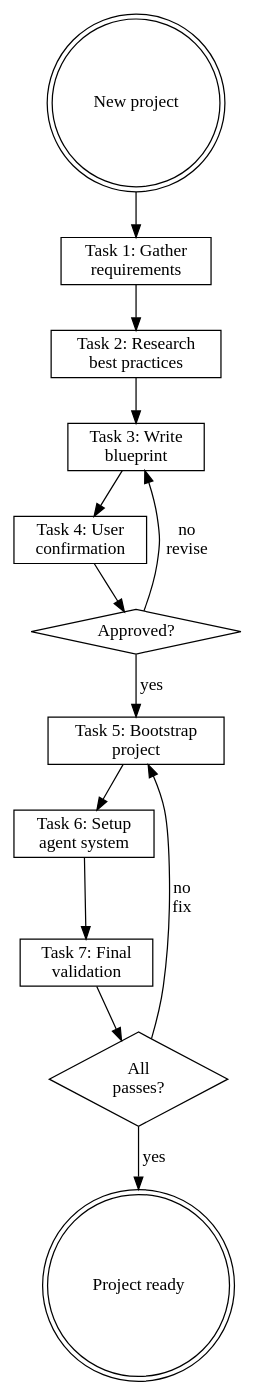
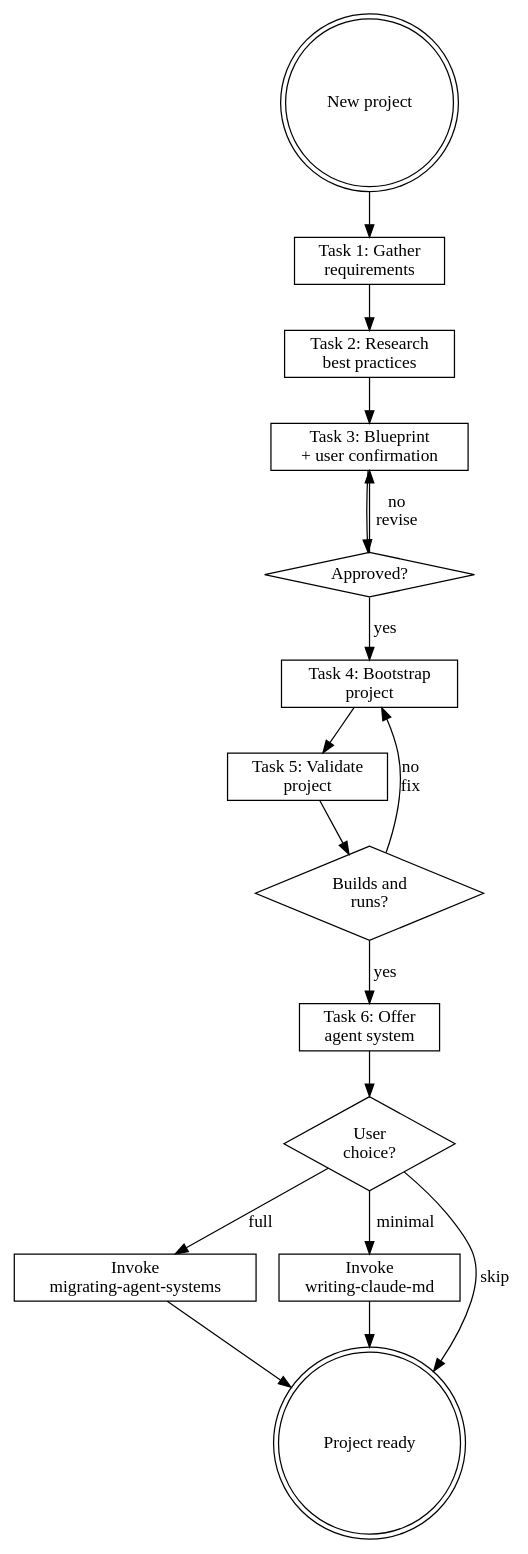
One commit to wayne930242/Reflexive-Claude-Code changed the diagram in plugins/rcc/skills/initializing-projects/SKILL.md. Above: the diagram before and after it, drawn with Graphviz. The commit also changed other lines of this file, not shown here.

First line of the commit message:
fix(rcc): rewrite initializing-projects — fix blueprint, routing, validation

````diff
--- a/plugins/rcc/skills/initializing-projects/SKILL.md
+++ b/plugins/rcc/skills/initializing-projects/SKILL.md
@@ -244,30 +187,36 @@
 ```dot
 digraph init_project {
     rankdir=TB;
 
     start [label="New project", shape=doublecircle];
     gather [label="Task 1: Gather\nrequirements", shape=box];
     research [label="Task 2: Research\nbest practices", shape=box];
-    blueprint [label="Task 3: Write\nblueprint", shape=box];
-    confirm [label="Task 4: User\nconfirmation", shape=box];
+    blueprint [label="Task 3: Blueprint\n+ user confirmation", shape=box];
     confirmed [label="Approved?", shape=diamond];
-    bootstrap [label="Task 5: Bootstrap\nproject", shape=box];
-    agent [label="Task 6: Setup\nagent system", shape=box];
-    validate [label="Task 7: Final\nvalidation", shape=box];
-    valid [label="All\npasses?", shape=diamond];
+    bootstrap [label="Task 4: Bootstrap\nproject", shape=box];
+    validate [label="Task 5: Validate\nproject", shape=box];
+    valid [label="Builds and\nruns?", shape=diamond];
+    offer [label="Task 6: Offer\nagent system", shape=box];
+    choice [label="User\nchoice?", shape=diamond];
+    migrate [label="Invoke\nmigrating-agent-systems", shape=box];
+    claudemd [label="Invoke\nwriting-claude-md", shape=box];
     done [label="Project ready", shape=doublecircle];
 
     start -> gather;
     gather -> research;
     research -> blueprint;
-    blueprint -> confirm;
-    confirm -> confirmed;
+    blueprint -> confirmed;
     confirmed -> bootstrap [label="yes"];
     confirmed -> blueprint [label="no\nrevise"];
-    bootstrap -> agent;
-    agent -> validate;
+    bootstrap -> validate;
     validate -> valid;
-    valid -> done [label="yes"];
+    valid -> offer [label="yes"];
     valid -> bootstrap [label="no\nfix"];
+    offer -> choice;
+    choice -> migrate [label="full"];
+    choice -> claudemd [label="minimal"];
+    choice -> done [label="skip"];
+    migrate -> done;
+    claudemd -> done;
 }
 ```
````
